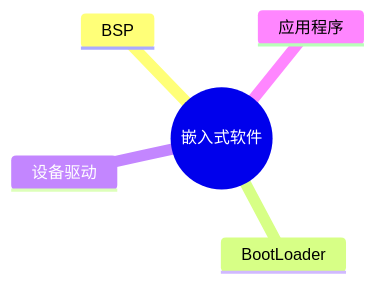
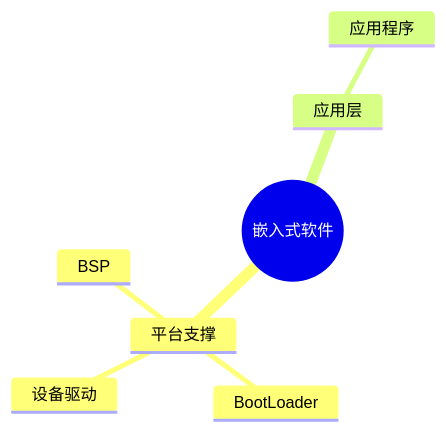
One commit to skylonely/sgao-website changed the first of 3 diagrams in docs/ruankao/system-architect/chapters/chapter-04/05-embedded-software.md. Above: the diagram before and after it, drawn with Mermaid. The commit also changed other lines of this file and 39 other files, not shown here.

Commit message:
fix: Mermaid 思维导图

````diff
--- a/docs/ruankao/system-architect/chapters/chapter-04/05-embedded-software.md
+++ b/docs/ruankao/system-architect/chapters/chapter-04/05-embedded-software.md
@@ -36,8 +36,10 @@
 ```mermaid
 mindmap
   root((嵌入式软件))
-    BSP
-    BootLoader
-    设备驱动
-    应用程序
+    平台支撑
+      BSP
+      BootLoader
+      设备驱动
+    应用层
+      应用程序
 ```
````
